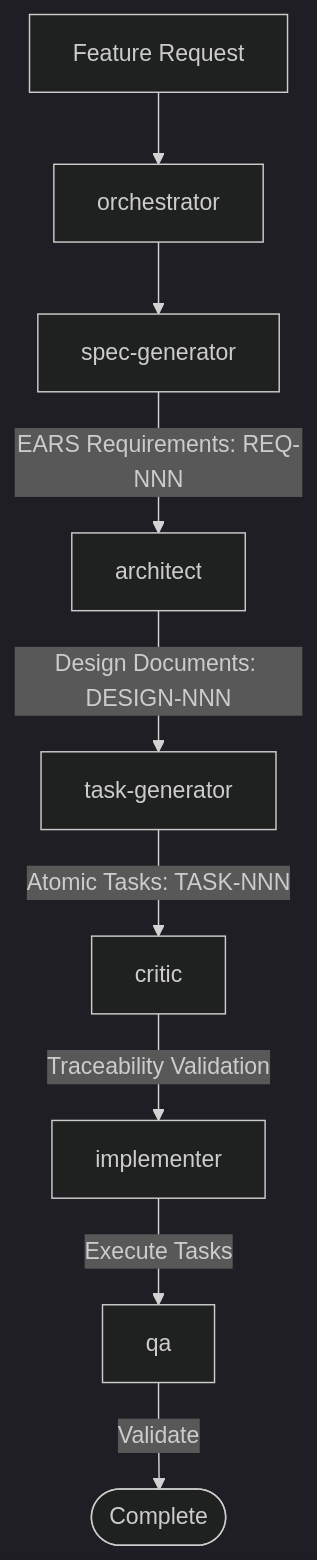
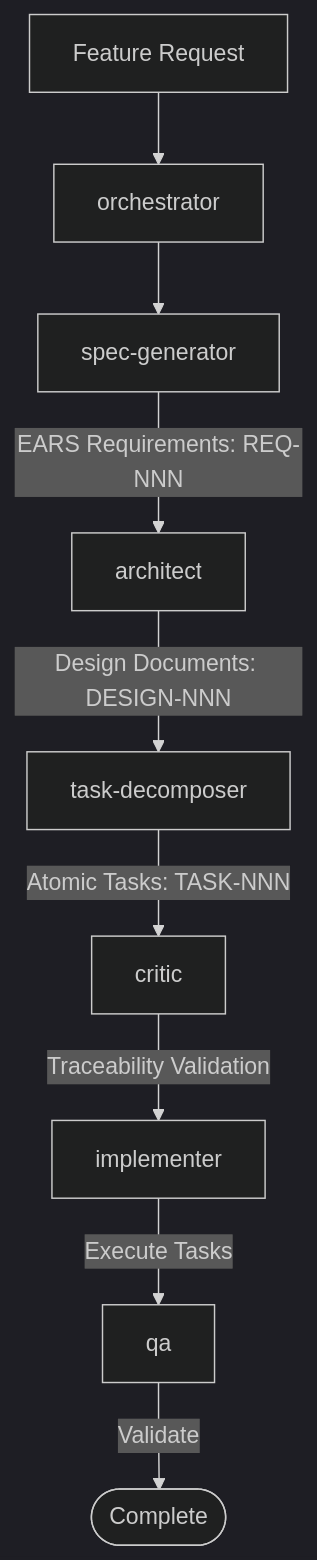
The tenth of 10 diagrams in .agents/AGENT-SYSTEM.md (rjmurillo/ai-agents), drawn with Mermaid (dark theme) before and after one commit. The commit also changed other lines of this file and 159 other files, not shown here.

````diff
--- a/.agents/AGENT-SYSTEM.md
+++ b/.agents/AGENT-SYSTEM.md
@@ -973,11 +973,11 @@
 ```mermaid
 flowchart TD
     A[Feature Request] --> B[orchestrator]
     B --> C[spec-generator]
     C -->|EARS Requirements: REQ-NNN| D[architect]
-    D -->|Design Documents: DESIGN-NNN| E[task-generator]
+    D -->|Design Documents: DESIGN-NNN| E[task-decomposer]
     E -->|Atomic Tasks: TASK-NNN| F[critic]
     F -->|Traceability Validation| G[implementer]
     G -->|Execute Tasks| H[qa]
     H -->|Validate| I([Complete])
 ```
````
